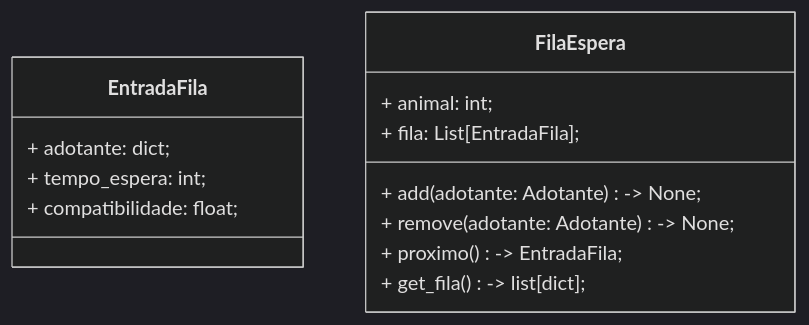
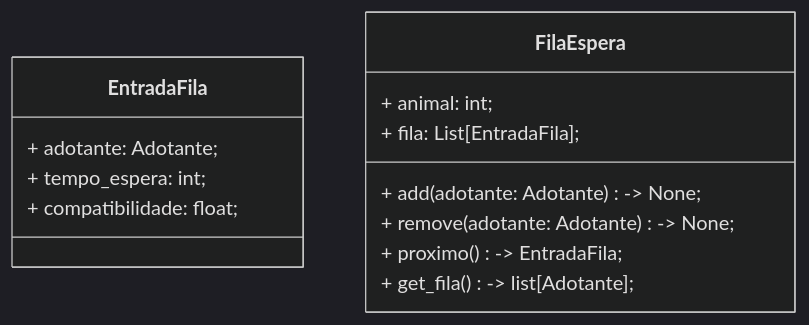
The third of 8 diagrams in docs/uml.md (Alisson014/projeto-1-poo-sistema-adocao-animais), drawn with Mermaid (dark theme) before and after one commit. The commit also changed other lines of this file and 1 other file, not shown here.

Commit message:
docs: add UML class relationship diagram

````diff
--- a/docs/uml.md
+++ b/docs/uml.md
@@ -130,18 +131,18 @@
 ```mermaid
 classDiagram
     %% Classes
     class EntradaFila {
-        + adotante: dict;
+        + adotante: Adotante;
         + tempo_espera: int;
         + compatibilidade: float;
     }
 
     class FilaEspera {
         + animal: int;
         + fila: List[EntradaFila];
         + add(adotante: Adotante) -> None;
         + remove(adotante: Adotante) -> None;
         + proximo() -> EntradaFila;
-        + get_fila() -> list[dict];
+        + get_fila() -> list[Adotante];
     }
 ```    
````
